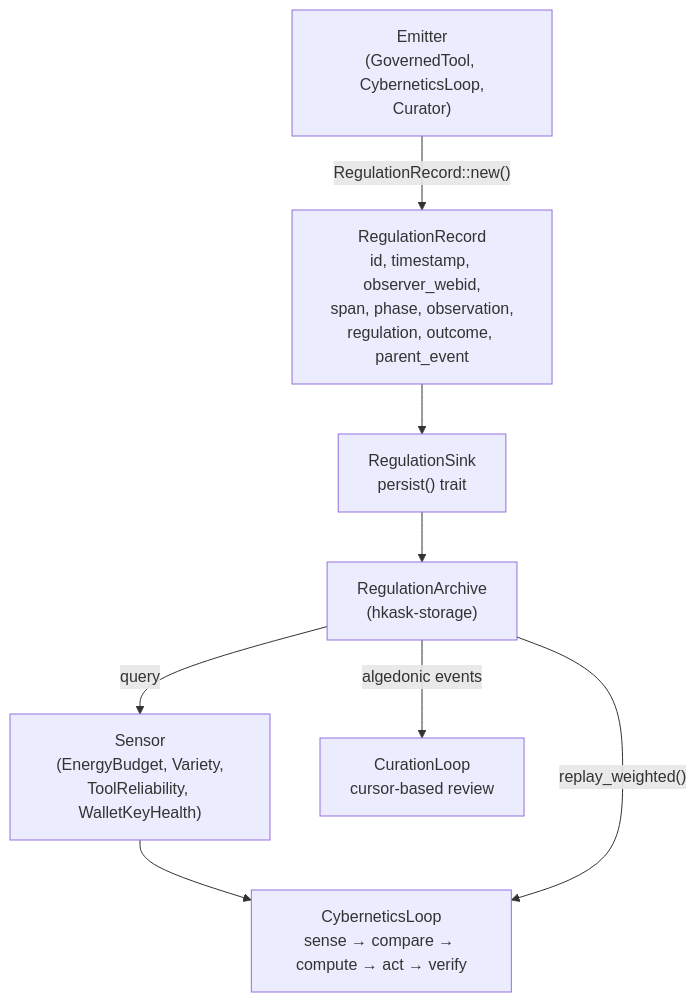
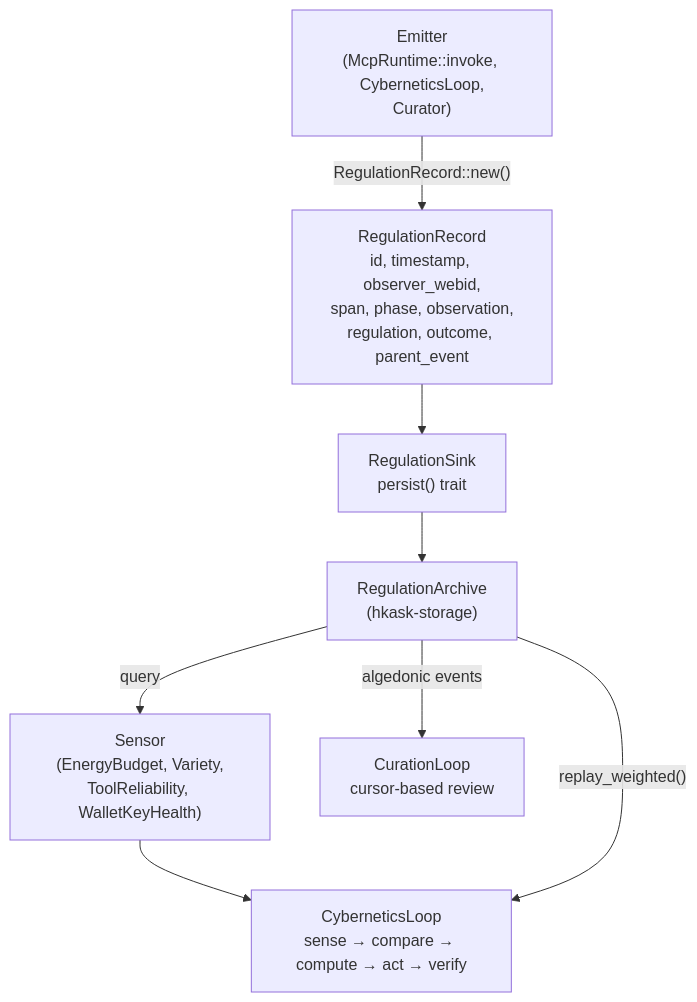
Before and after one commit to mdz-axo/zed-kask: the third of 9 diagrams in kask/docs/explanation/cognition-and-replica.md, drawn with Mermaid. The commit also changed other lines of this file and 16 other files, not shown here.

First line of the commit message:
Update GovernedTool references to McpRuntime::invoke

````diff
--- a/kask/docs/explanation/cognition-and-replica.md
+++ b/kask/docs/explanation/cognition-and-replica.md
@@ -279,18 +279,18 @@
 ```mermaid
 flowchart TD
-    EMITTER["Emitter\n(GovernedTool, CyberneticsLoop,\nCurator)"]
+    EMITTER["Emitter\n(McpRuntime::invoke, CyberneticsLoop,\nCurator)"]
     EVENT["RegulationRecord\nid, timestamp, observer_webid,\nspan, phase, observation,\nregulation, outcome, parent_event"]
     SINK["RegulationSink\npersist() trait"]
     STORE["RegulationArchive\n(hkask-storage)"]
     SENSORS["Sensor\n(EnergyBudget, Variety,\nToolReliability, WalletKeyHealth)"]
     Regulation["CyberneticsLoop\nsense → compare → compute → act → verify"]
     CURATOR["CurationLoop\ncursor-based review"]
 
     EMITTER -->|"RegulationRecord::new()"| EVENT
     EVENT --> SINK
     SINK --> STORE
     STORE -->|"query"| SENSORS
     SENSORS --> Regulation
     STORE -->|"algedonic events"| CURATOR
     STORE -->|"replay_weighted()"| Regulation
 ```
````
